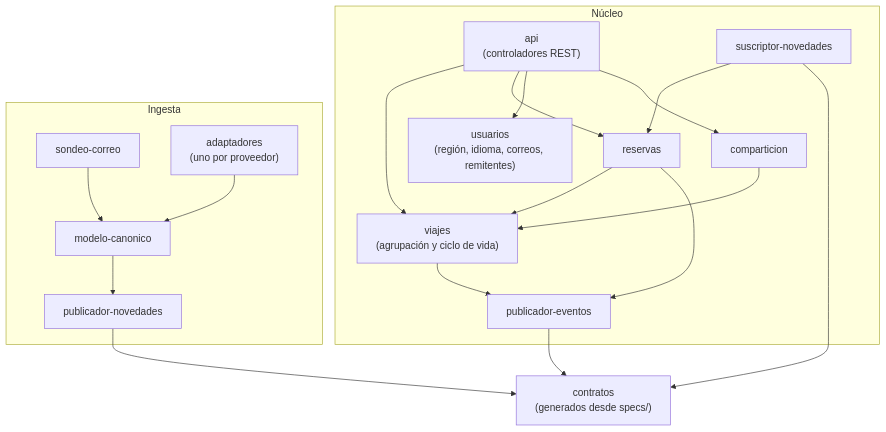
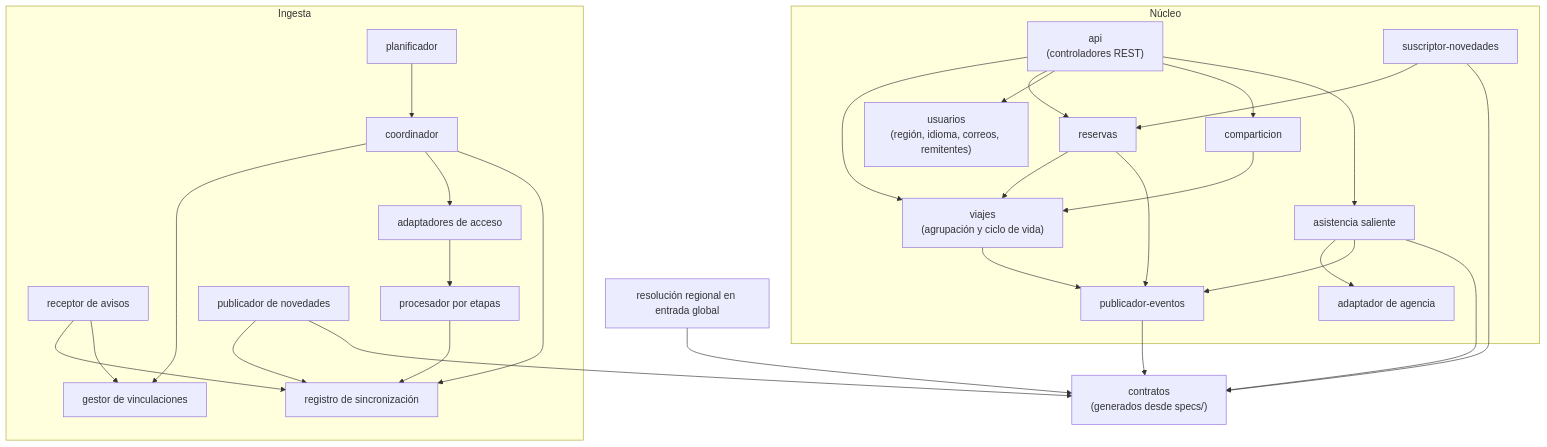
One commit to TadeoBrun1/TPE_software changed the diagram in trotamundos/docs/02-views/module-view.md. Above: the diagram before and after it, drawn with Mermaid. The commit also changed other lines of this file and 22 other files, not shown here.

````diff
--- a/trotamundos/docs/02-views/module-view.md
+++ b/trotamundos/docs/02-views/module-view.md
@@ -15,39 +15,58 @@
 ```mermaid
 flowchart TD
     subgraph Nucleo["Núcleo"]
         API["api<br/>(controladores REST)"]
         VIA["viajes<br/>(agrupación y ciclo de vida)"]
         RES["reservas"]
         USR["usuarios<br/>(región, idioma, correos, remitentes)"]
         COM["comparticion"]
         SUS["suscriptor-novedades"]
         PUB["publicador-eventos"]
+        ASI["asistencia saliente"]
+        AGE["adaptador de agencia"]
     end
 
     subgraph Ingesta["Ingesta"]
-        COR["sondeo-correo"]
-        ADA["adaptadores<br/>(uno por proveedor)"]
-        CAN["modelo-canonico"]
-        PNV["publicador-novedades"]
+        PLA["planificador"]
+        COO["coordinador"]
+        GES["gestor de vinculaciones"]
+        ADA["adaptadores de acceso"]
+        REC["receptor de avisos"]
+        REG["registro de sincronización"]
+        PRO["procesador por etapas"]
+        PNV["publicador de novedades"]
     end
+
+    RRG["resolución regional en entrada global"]
 
     CON["contratos<br/>(generados desde specs/)"]
 
     API --> VIA
     API --> RES
     API --> USR
     API --> COM
     SUS --> RES
     RES --> VIA
     VIA --> PUB
     RES --> PUB
     COM --> VIA
 
-    COR --> CAN
-    ADA --> CAN
-    CAN --> PNV
+    API --> ASI
+    ASI --> AGE
+    ASI --> PUB
+    ASI --> CON
+    PLA --> COO
+    COO --> GES
+    COO --> ADA
+    COO --> REG
+    ADA --> PRO
+    PRO --> REG
+    REC --> REG
+    REC --> GES
+    PNV --> REG
+    RRG --> CON
 
     SUS --> CON
     PUB --> CON
     PNV --> CON
 ```
````
